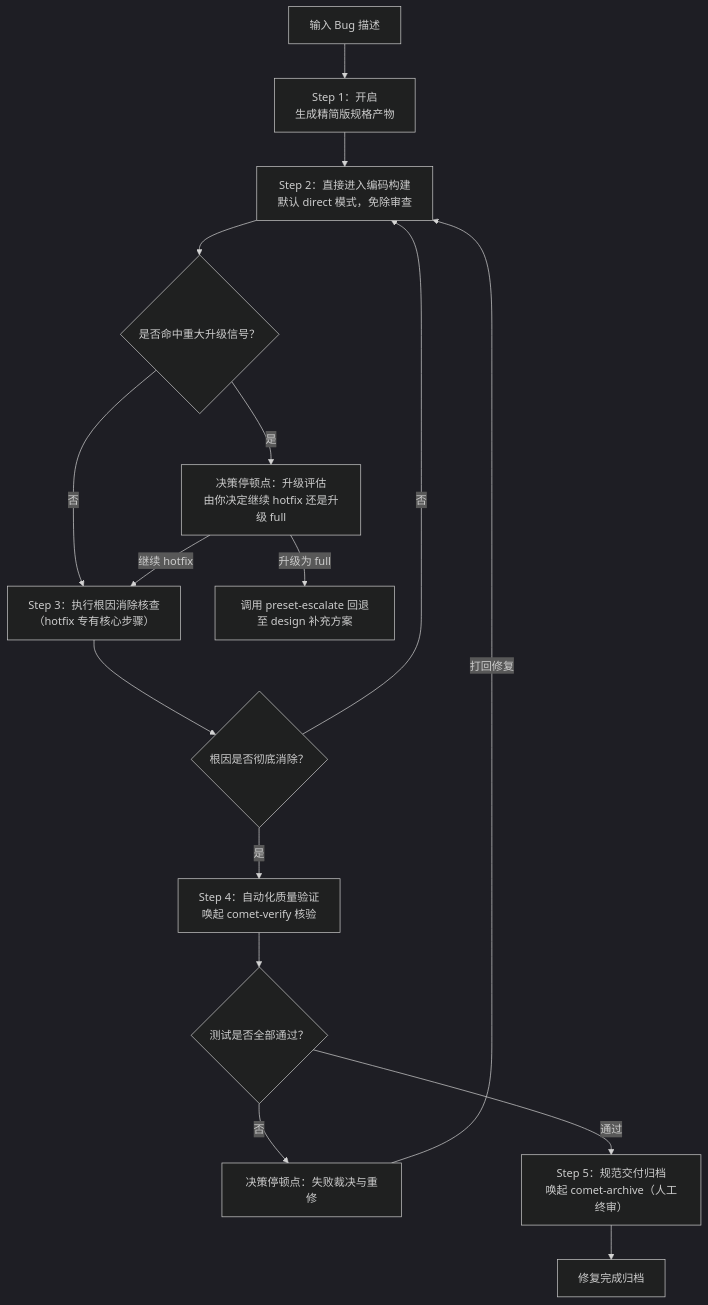
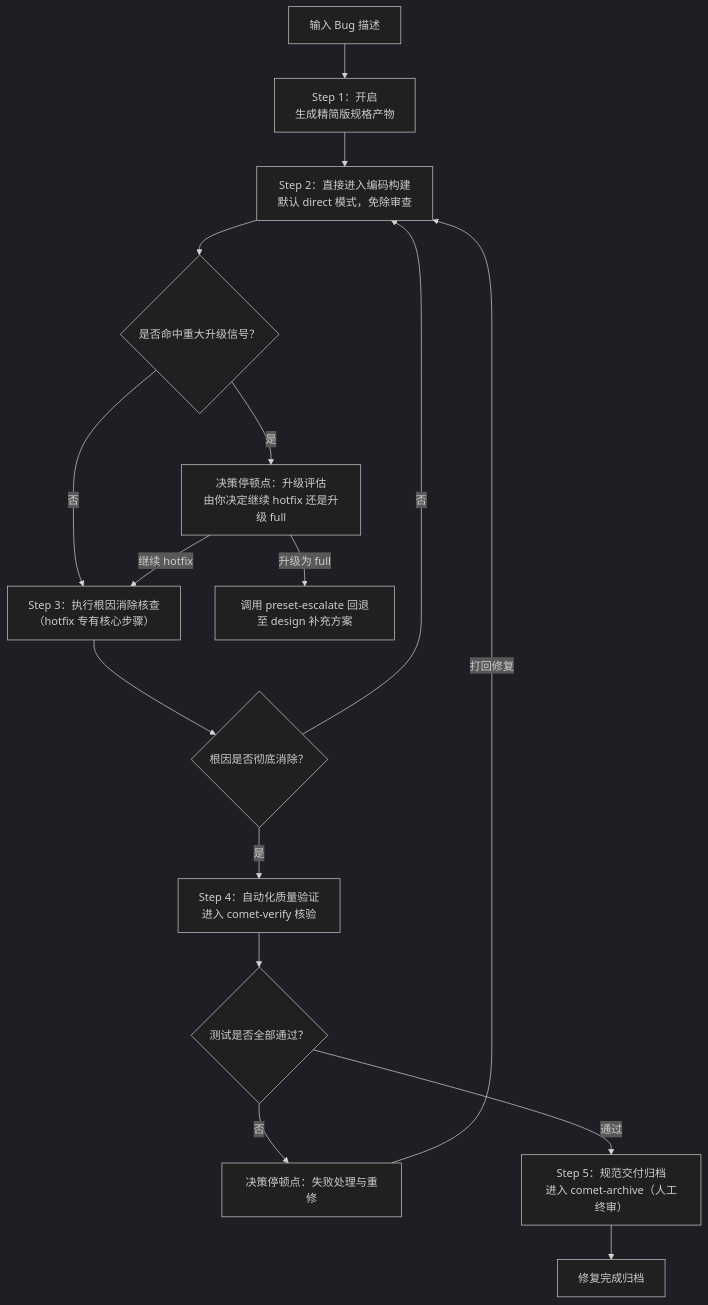
Before and after one commit to rpamis/comet-website-docs: the diagram in zh/presets/hotfix.mdx, drawn with Mermaid (dark theme). The commit also changed other lines of this file and 102 other files, not shown here.

````diff
--- a/zh/presets/hotfix.mdx
+++ b/zh/presets/hotfix.mdx
@@ -65,18 +65,18 @@
 ```mermaid
 flowchart TD
     Start["输入 Bug 描述"] --> S1["Step 1：开启<br/>生成精简版规格产物"]
     S1 --> S2["Step 2：直接进入编码构建<br/>默认 direct 模式，免除审查"]
     S2 --> Esc{"是否命中重大升级信号？"}
     Esc -->|是| EscStop["决策停顿点：升级评估<br/>由你决定继续 hotfix 还是升级 full"]
     Esc -->|否| S3["Step 3：执行根因消除核查<br/>（hotfix 专有核心步骤）"]
     EscStop -->|继续 hotfix| S3
     EscStop -->|升级为 full| EscUp["调用 preset-escalate 回退至 design 补充方案"]
     S3 --> Root{"根因是否彻底消除？"}
     Root -->|否| S2
-    Root -->|是| S4["Step 4：自动化质量验证<br/>唤起 comet-verify 核验"]
+    Root -->|是| S4["Step 4：自动化质量验证<br/>进入 comet-verify 核验"]
     S4 --> Vf{"测试是否全部通过？"}
-    Vf -->|否| VfStop["决策停顿点：失败裁决与重修"]
+    Vf -->|否| VfStop["决策停顿点：失败处理与重修"]
     VfStop -->|打回修复| S2
-    Vf -->|通过| S5["Step 5：规范交付归档<br/>唤起 comet-archive（人工终审）"]
+    Vf -->|通过| S5["Step 5：规范交付归档<br/>进入 comet-archive（人工终审）"]
     S5 --> Done["修复完成归档"]
 ```
````
